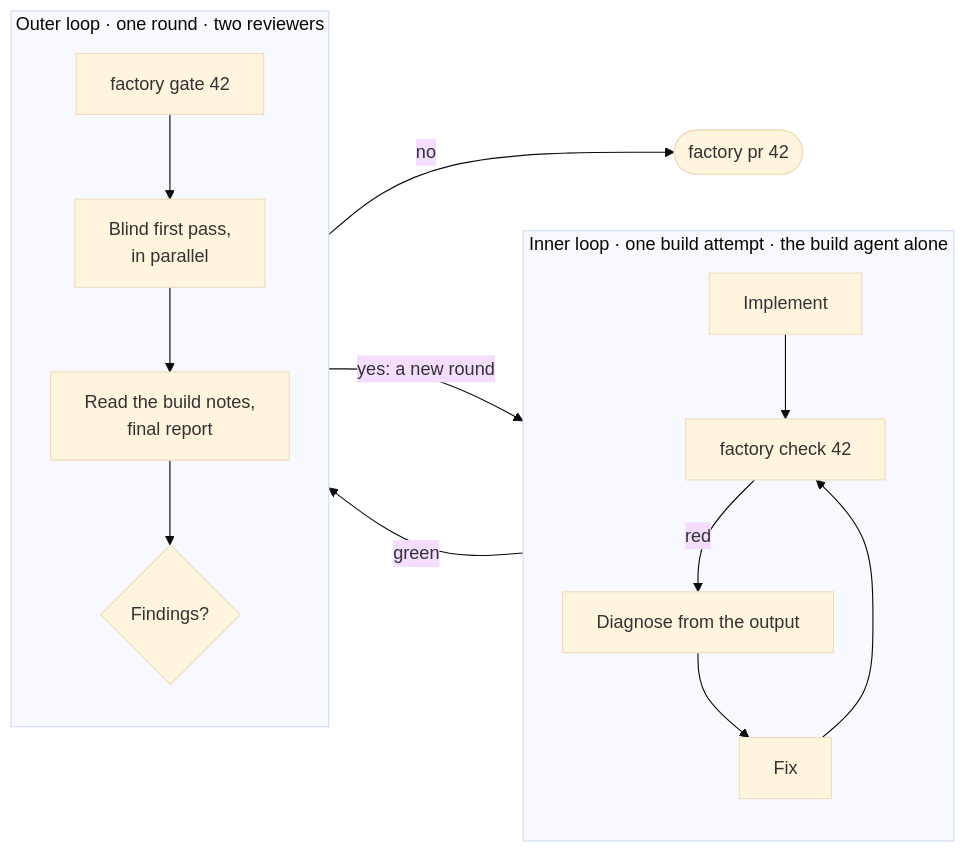
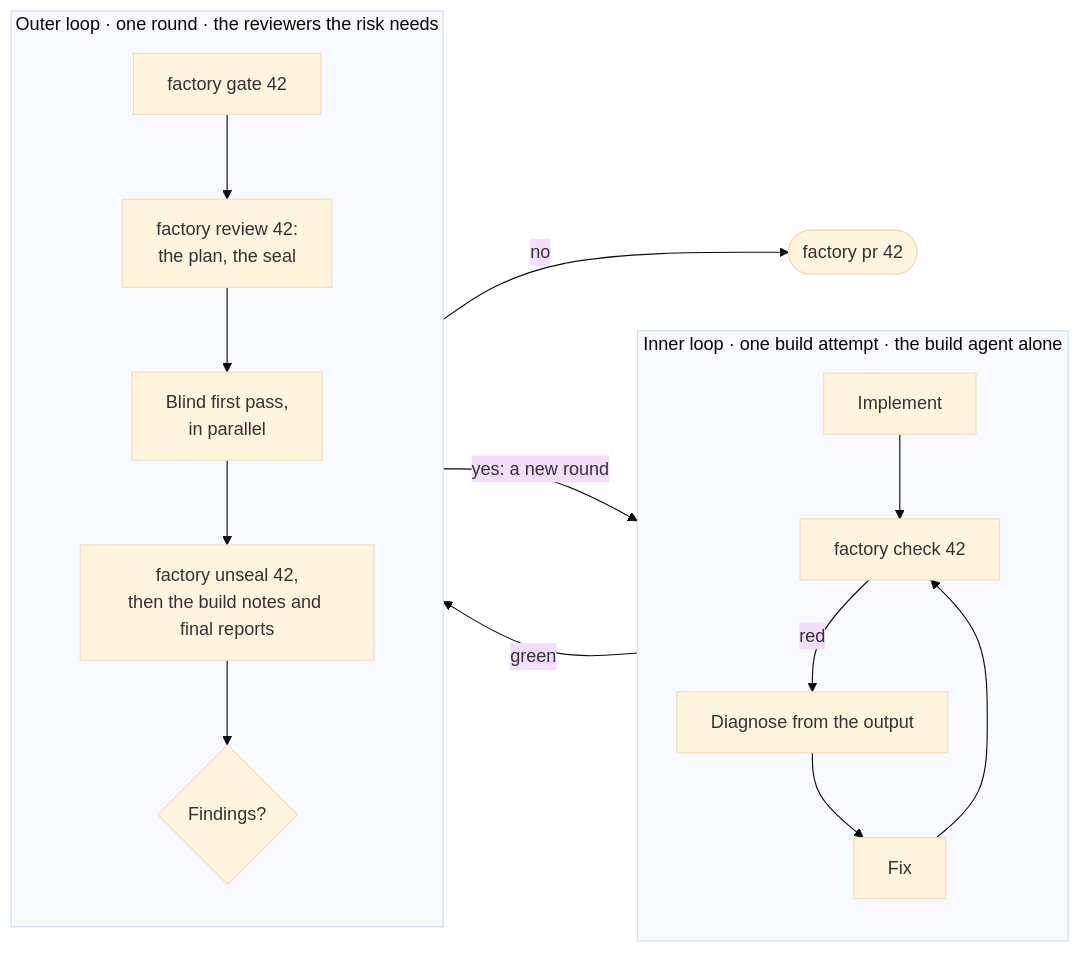
Before and after one commit to moralesbang/wandr: the third of 9 diagrams in factory/README.md, drawn with Mermaid (base theme). The commit also changed other lines of this file and 1 other file, not shown here.

First line of the commit message:
docs(factory): define the factory as of v1.3 and record the version

````diff
--- a/factory/README.md
+++ b/factory/README.md
@@ -137,15 +179,15 @@
 ```mermaid
 flowchart LR
     subgraph inner ["Inner loop · one build attempt · the build agent alone"]
         direction TB
         i1["Implement"] --> i2["factory check 42"]
         i2 -->|red| i3["Diagnose from the output"] --> i4["Fix"] --> i2
     end
-    subgraph outer ["Outer loop · one round · two reviewers"]
+    subgraph outer ["Outer loop · one round · the reviewers the risk needs"]
         direction TB
-        o1["factory gate 42"] --> o2["Blind first pass,<br/>in parallel"] --> o3["Read the build notes,<br/>final report"] --> o4{"Findings?"}
+        o1["factory gate 42"] --> o2["factory review 42:<br/>the plan, the seal"] --> o3["Blind first pass,<br/>in parallel"] --> o4["factory unseal 42,<br/>then the build notes and final reports"] --> o5{"Findings?"}
     end
     inner -->|"green"| outer
-    o4 -->|"yes: a new round"| inner
-    o4 -->|"no"| done(["factory pr 42"])
+    o5 -->|"yes: a new round"| inner
+    o5 -->|"no"| done(["factory pr 42"])
 ```
````
